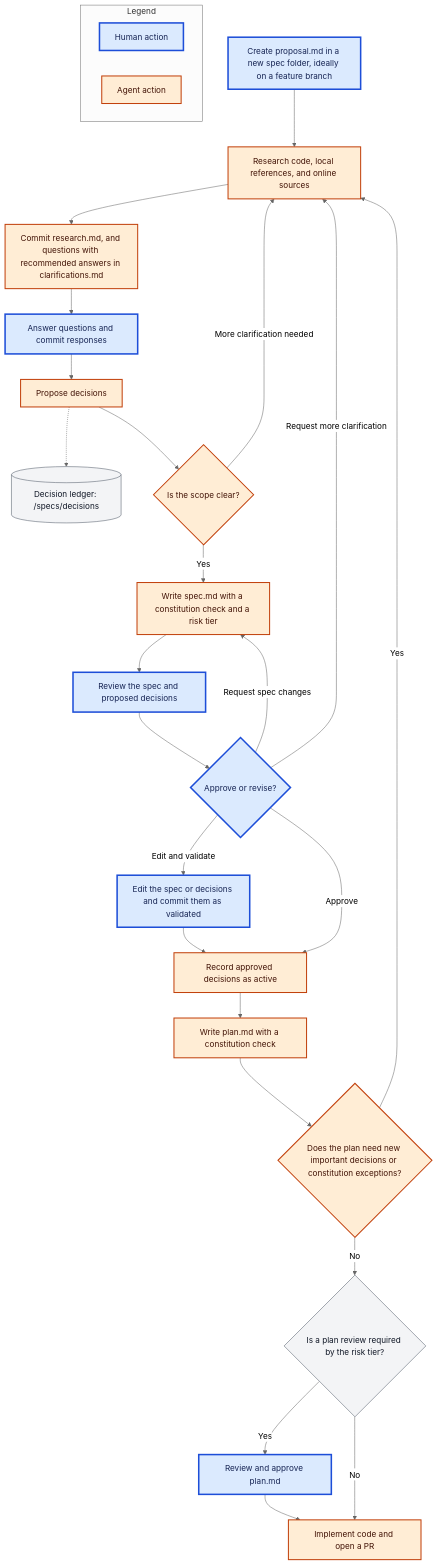
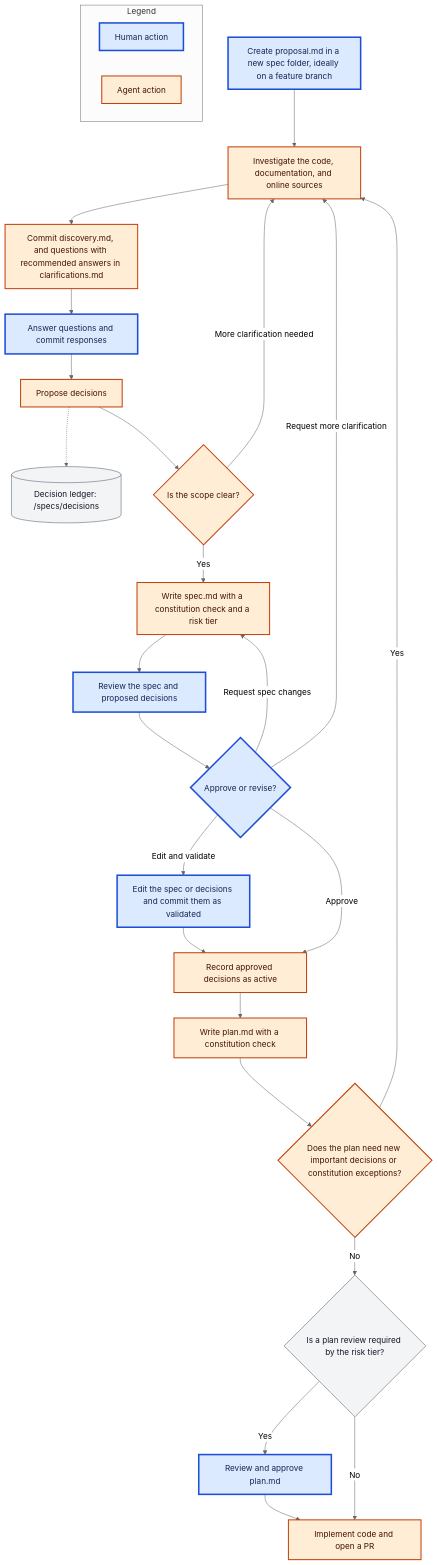
The diagram in README.md (mrtolkien/uraeda), drawn with Mermaid (neutral theme) before and after one commit. The commit also changed other lines of this file and 30 other files, not shown here.

````diff
--- a/README.md
+++ b/README.md
@@ -320,39 +357,39 @@
 ```mermaid
 flowchart TD
     subgraph legend["Legend"]
         direction LR
         legendHuman["Human action"]
         legendAgent["Agent action"]
     end
 
     proposal["Create proposal.md in a new spec folder, ideally on a feature branch"]
-    proposal --> research["Research code, local references, and online sources"]
-    research --> questions["Commit research.md, and questions with recommended answers in clarifications.md"]
+    proposal --> research["Investigate the code, documentation, and online sources"]
+    research --> questions["Commit discovery.md, and questions with recommended answers in clarifications.md"]
     questions --> answers["Answer questions and commit responses"]
     answers --> decisions["Propose decisions"]
     decisions -.-> ledger[("Decision ledger: /specs/decisions")]
     decisions --> scope{"Is the scope clear?"}
     scope -->|More clarification needed| research
     scope -->|Yes| spec["Write spec.md with a constitution check and a risk tier"]
     spec --> review["Review the spec and proposed decisions"]
     review --> validation{"Approve or revise?"}
     validation -->|Request more clarification| research
     validation -->|Request spec changes| spec
     validation -->|Edit and validate| humanEdit["Edit the spec or decisions and commit them as validated"]
     validation -->|Approve| activate["Record approved decisions as active"]
     humanEdit --> activate
     activate --> plan["Write plan.md with a constitution check"]
     plan --> planCheck{"Does the plan need new important decisions or constitution exceptions?"}
     planCheck -->|Yes| research
     planCheck -->|No| tier{"Is a plan review required by the risk tier?"}
     tier -->|Yes| planApproval["Review and approve plan.md"]
     tier -->|No| implementation["Implement code and open a PR"]
     planApproval --> implementation
 
     classDef human fill:#dbeafe,stroke:#1d4ed8,color:#172554,stroke-width:3px
     classDef agent fill:#ffedd5,stroke:#c2410c,color:#431407,stroke-width:2px
     classDef neutral fill:#f3f4f6,stroke:#4b5563,color:#111827,stroke-width:1px
     class legendHuman,proposal,answers,review,validation,humanEdit,planApproval human
     class legendAgent,research,questions,decisions,scope,spec,activate,plan,planCheck,implementation agent
     class legendNeutral,legendBranch,legendStorage,ledger,tier neutral
 ```
````
